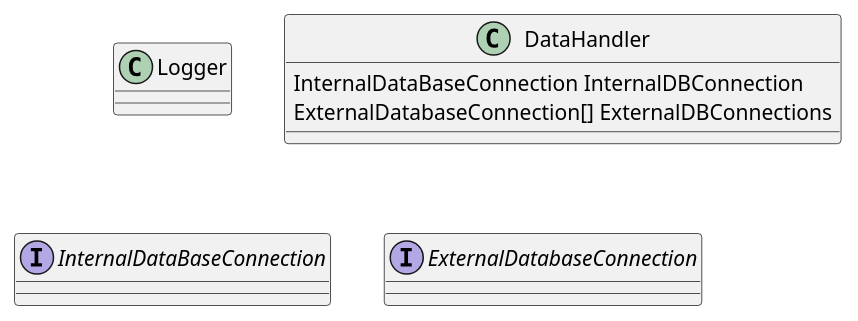
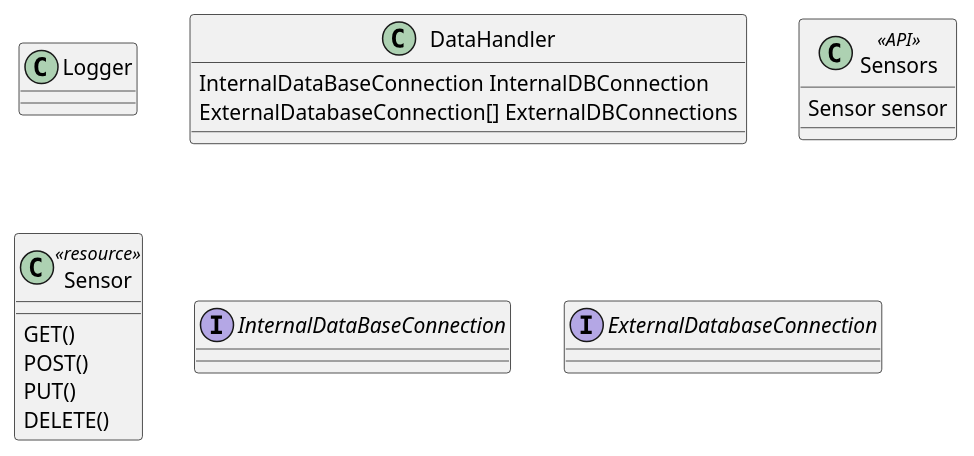
One commit to CharisGrubb/SensorCommandCenter changed the diagram in Documentation/UML/SCC.puml. Above: the diagram before and after it, drawn with PlantUML.

Commit message:
Testing plant uml with API documentation

```diff
--- a/Documentation/UML/SCC.puml
+++ b/Documentation/UML/SCC.puml
@@ -1,20 +1,30 @@
 @startuml 
 
 
 
 
 class Logger{
 
 }
 
 class DataHandler{
     
 InternalDataBaseConnection InternalDBConnection
 ExternalDatabaseConnection[] ExternalDBConnections
 
 }
 
+class Sensors <<API>>{
+    Sensor sensor
+}
+class Sensor <<resource>>{
+    GET()
+    POST()
+    PUT()
+    DELETE()
+}
+
 Interface InternalDataBaseConnection
 Interface ExternalDatabaseConnection
 
 @enduml
```
